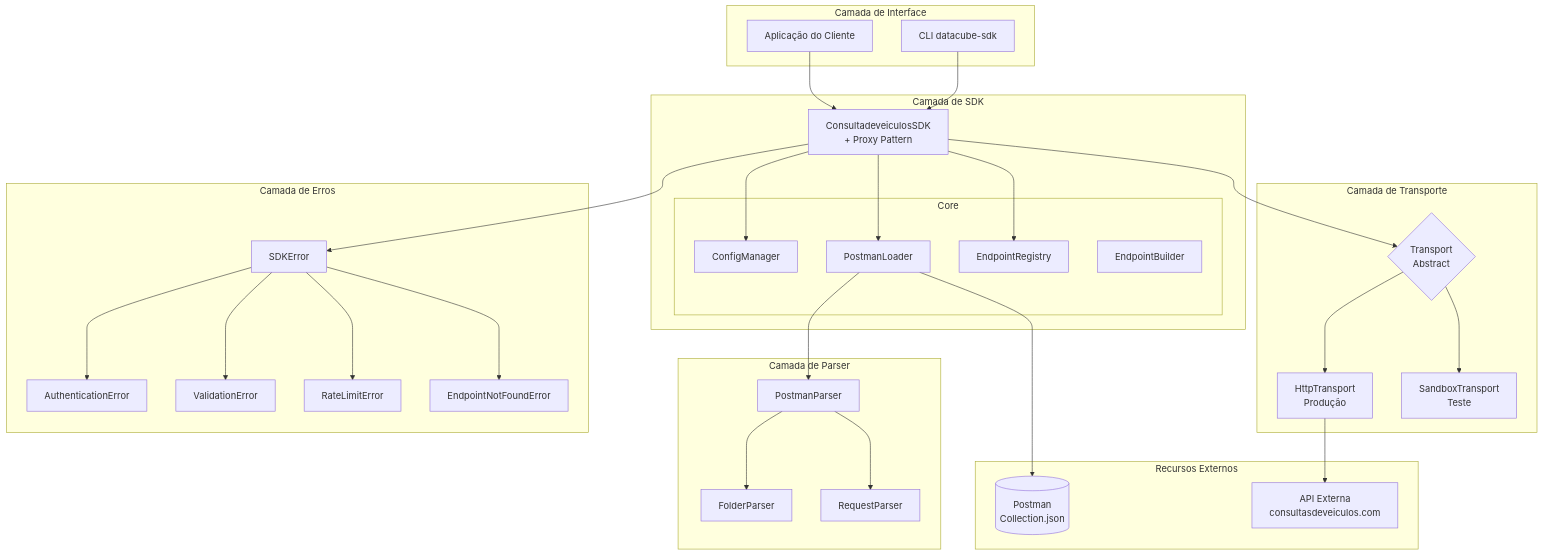
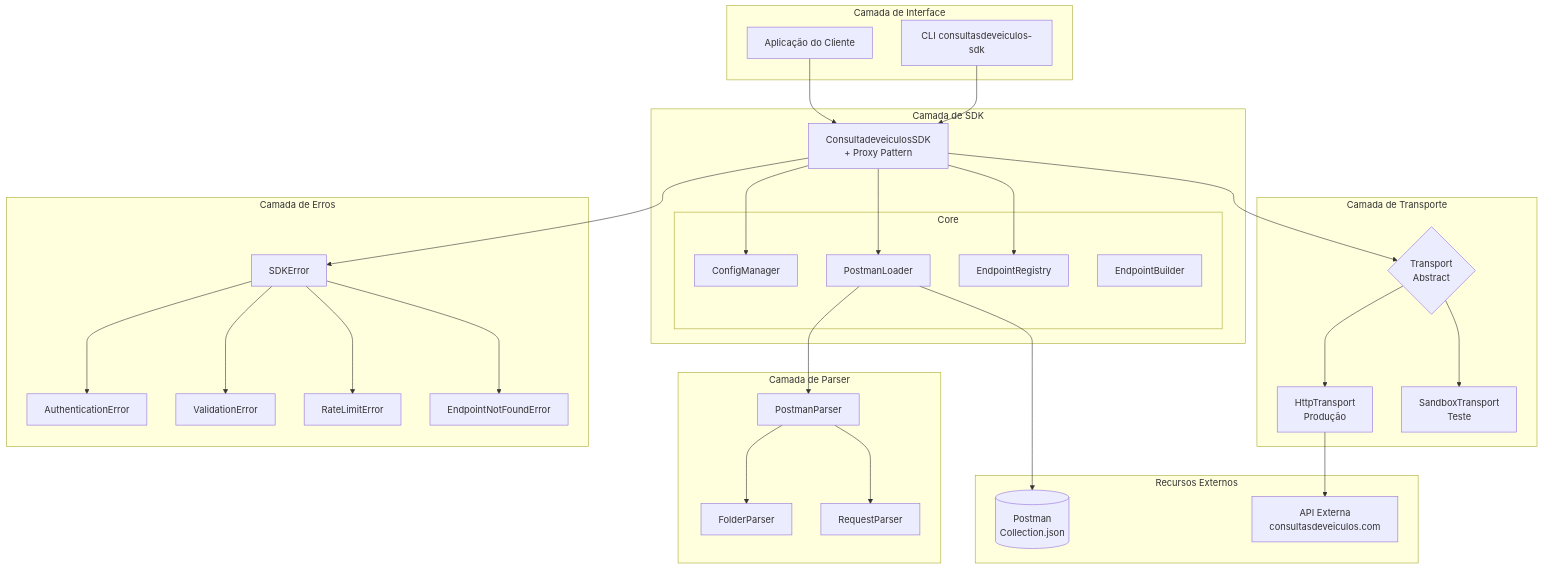
One commit to DataCube/consultasdeveiculos-sdk-nodejs changed the first of 4 diagrams in DOC.md. Above: the diagram before and after it, drawn with Mermaid. The commit also changed 16 other files, not shown here.

Commit message:
mudanças no nome de @datacube @consultasdeveiculos

````diff
--- a/DOC.md
+++ b/DOC.md
@@ -37,66 +37,66 @@
 ```mermaid
 graph TB
     subgraph "Camada de Interface"
-        CLI[CLI datacube-sdk]
+        CLI[CLI consultasdeveiculos-sdk]
         APP[Aplicação do Cliente]
     end
 
     subgraph "Camada de SDK"
         SDK[ConsultadeveiculosSDK<br/>+ Proxy Pattern]
         
         subgraph "Core"
             CM[ConfigManager]
             PL[PostmanLoader]
             ER[EndpointRegistry]
             EB[EndpointBuilder]
         end
     end
 
     subgraph "Camada de Parser"
         PP[PostmanParser]
         FP[FolderParser]
         RP[RequestParser]
     end
 
     subgraph "Camada de Transporte"
         TR{Transport<br/>Abstract}
         HT[HttpTransport<br/>Produção]
         ST[SandboxTransport<br/>Teste]
     end
 
     subgraph "Camada de Erros"
         SE[SDKError]
         AE[AuthenticationError]
         VE[ValidationError]
         RLE[RateLimitError]
         ENFE[EndpointNotFoundError]
     end
 
     subgraph "Recursos Externos"
         POSTMAN[(Postman<br/>Collection.json)]
         API[API Externa<br/>consultasdeveiculos.com]
     end
 
     APP --> SDK
     CLI --> SDK
     
     SDK --> CM
     SDK --> PL
     SDK --> ER
     SDK --> TR
     
     PL --> PP
     PP --> FP
     PP --> RP
     PL --> POSTMAN
     
     TR --> HT
     TR --> ST
     HT --> API
     
     SDK --> SE
     SE --> AE
     SE --> VE
     SE --> RLE
     SE --> ENFE
 ```
````
